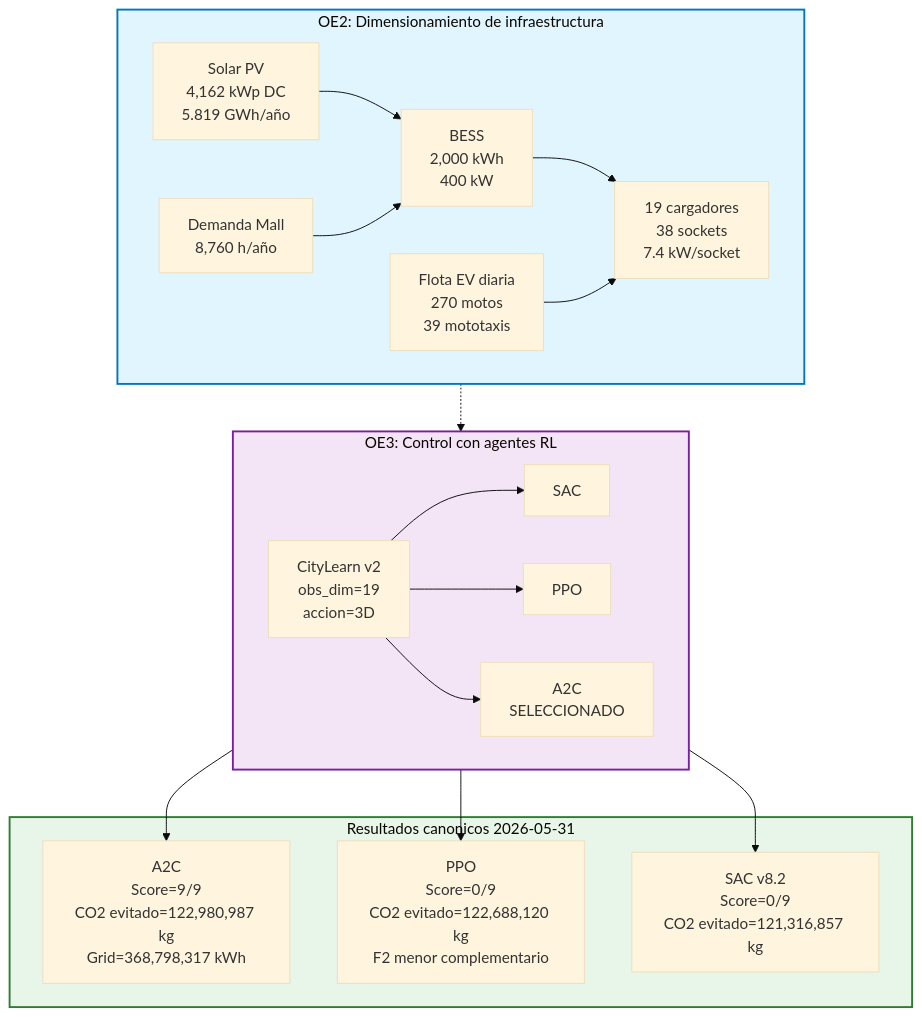
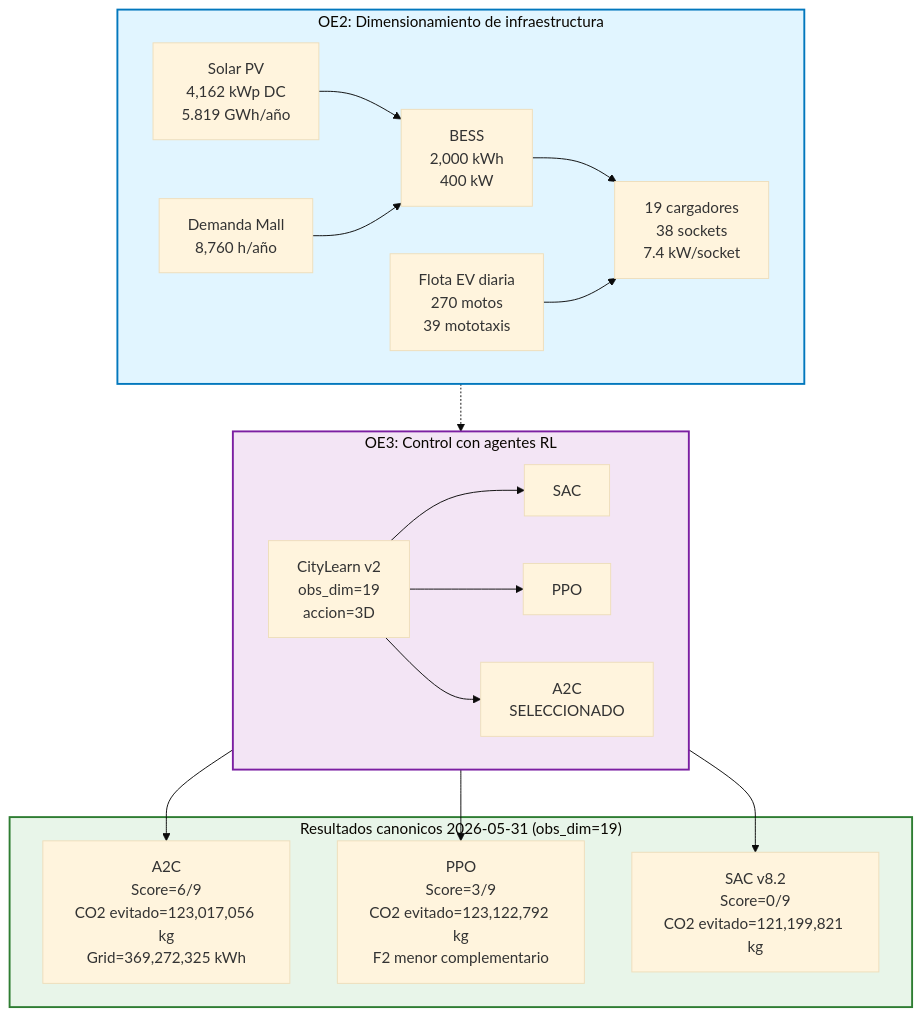
The diagram in reports/01_ARQUITECTURA_PROYECTO.mmd (Mac-Tapia/dise-opvbesscar), drawn with Mermaid (base theme) before and after one commit. The commit also changed 8 other files, not shown here.

First line of the commit message:
docs(oe3): sync obsolete narrative docs to canonical obs_dim=19 results

```diff
--- a/reports/01_ARQUITECTURA_PROYECTO.mmd
+++ b/reports/01_ARQUITECTURA_PROYECTO.mmd
@@ -1,41 +1,41 @@
 graph TB
     subgraph OE2["OE2: Dimensionamiento de infraestructura"]
         direction LR
         SOL["Solar PV<br/>4,162 kWp DC<br/>5.819 GWh/año"]
         MALL["Demanda Mall<br/>8,760 h/año"]
         BESS["BESS<br/>2,000 kWh<br/>400 kW"]
         CARGADORES["19 cargadores<br/>38 sockets<br/>7.4 kW/socket"]
         EV["Flota EV diaria<br/>270 motos<br/>39 mototaxis"]
 
         SOL --> BESS
         MALL --> BESS
         BESS --> CARGADORES
         EV --> CARGADORES
     end
 
     subgraph OE3["OE3: Control con agentes RL"]
         direction LR
         CL["CityLearn v2<br/>obs_dim=19<br/>accion=3D"]
         SAC["SAC"]
         PPO["PPO"]
         A2C["A2C<br/>SELECCIONADO"]
 
         CL --> SAC
         CL --> PPO
         CL --> A2C
     end
 
-    subgraph RESULTADOS["Resultados canonicos 2026-05-31"]
-        A2C_R["A2C<br/>Score=9/9<br/>CO2 evitado=122,980,987 kg<br/>Grid=368,798,317 kWh"]
-        PPO_R["PPO<br/>Score=0/9<br/>CO2 evitado=122,688,120 kg<br/>F2 menor complementario"]
-        SAC_R["SAC v8.2<br/>Score=0/9<br/>CO2 evitado=121,316,857 kg"]
+    subgraph RESULTADOS["Resultados canonicos 2026-05-31 (obs_dim=19)"]
+        A2C_R["A2C<br/>Score=6/9<br/>CO2 evitado=123,017,056 kg<br/>Grid=369,272,325 kWh"]
+        PPO_R["PPO<br/>Score=3/9<br/>CO2 evitado=123,122,792 kg<br/>F2 menor complementario"]
+        SAC_R["SAC v8.2<br/>Score=0/9<br/>CO2 evitado=121,199,821 kg"]
     end
 
     OE2 -.-> OE3
     PPO --> PPO_R
     A2C --> A2C_R
     SAC --> SAC_R
 
     style OE2 fill:#e1f5ff,stroke:#0277bd,stroke-width:2px
     style OE3 fill:#f3e5f5,stroke:#7b1fa2,stroke-width:2px
     style RESULTADOS fill:#e8f5e9,stroke:#2e7d32,stroke-width:2px
```
